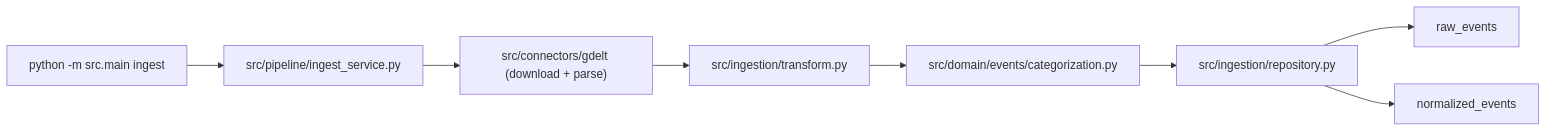
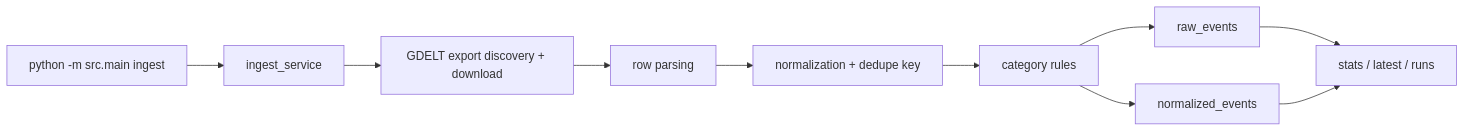
Before and after one commit to fegalvan/Global-News-Monitor: the diagram in README.md, drawn with Mermaid. The commit also changed other lines of this file, not shown here.

````diff
--- a/README.md
+++ b/README.md
@@ -117,10 +43,12 @@
 ```mermaid
 flowchart LR
-    A["python -m src.main ingest"] --> B["src/pipeline/ingest_service.py"]
-    B --> C["src/connectors/gdelt (download + parse)"]
-    C --> D["src/ingestion/transform.py"]
-    D --> E["src/domain/events/categorization.py"]
-    E --> F["src/ingestion/repository.py"]
+    A["python -m src.main ingest"] --> B["ingest_service"]
+    B --> C["GDELT export discovery + download"]
+    C --> D["row parsing"]
+    D --> E["normalization + dedupe key"]
+    E --> F["category rules"]
     F --> G["raw_events"]
     F --> H["normalized_events"]
+    G --> I["stats / latest / runs"]
+    H --> I
 ```
````
